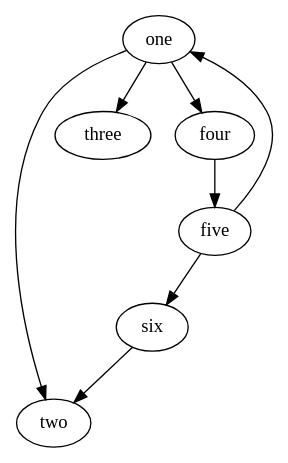
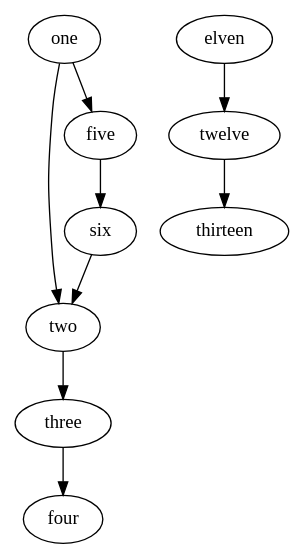
One commit to gameduell/duell changed the diagram in bin/graphviz/dotFile.dot. Above: the diagram before and after it, drawn with Graphviz. The commit also changed 5 other files, not shown here.

```diff
--- a/bin/graphviz/dotFile.dot
+++ b/bin/graphviz/dotFile.dot
@@ -1,8 +1,5 @@
 digraph G {
-    one -> two;
-    one -> three;
-    one -> four;
-    four -> five -> six;
-    five -> one;
-    six -> two;
+    one -> two -> three -> four;
+    one -> five -> six -> two;
+	elven -> twelve -> thirteen;
 }
```
